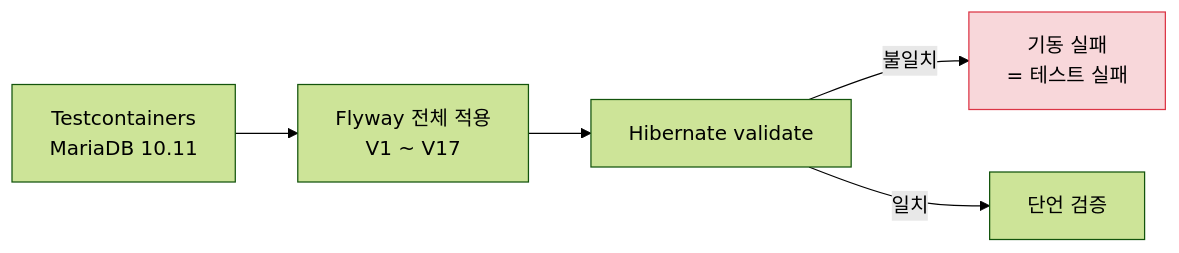
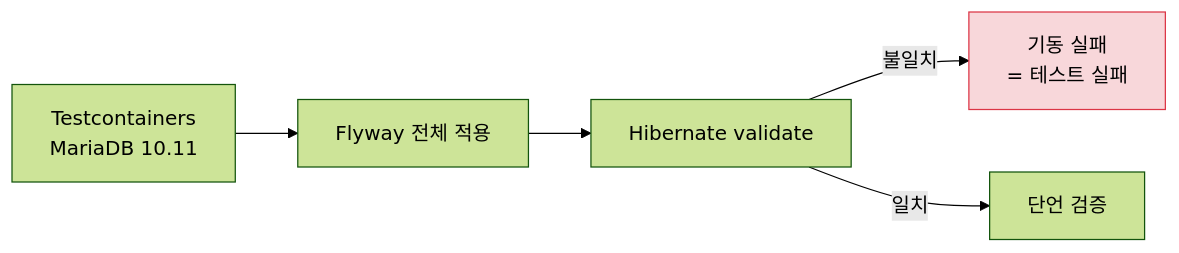
Before and after one commit to CareCode-Repo/CareCode_Interface: the first of 2 diagrams in docs/quality/regression-safety.md, drawn with Mermaid (forest theme). The commit also changed 4 other files, not shown here.

````diff
--- a/docs/quality/regression-safety.md
+++ b/docs/quality/regression-safety.md
@@ -44,9 +44,9 @@
 ```mermaid
 flowchart LR
-    A["Testcontainers<br/>MariaDB 10.11"] --> B["Flyway 전체 적용<br/>V1 ~ V17"]
+    A["Testcontainers<br/>MariaDB 10.11"] --> B["Flyway 전체 적용"]
     B --> C["Hibernate validate"]
     C -->|불일치| F["기동 실패<br/>= 테스트 실패"]
     C -->|일치| D["단언 검증"]
 
     style F fill:#f8d7da,stroke:#dc3545
 ```
````
